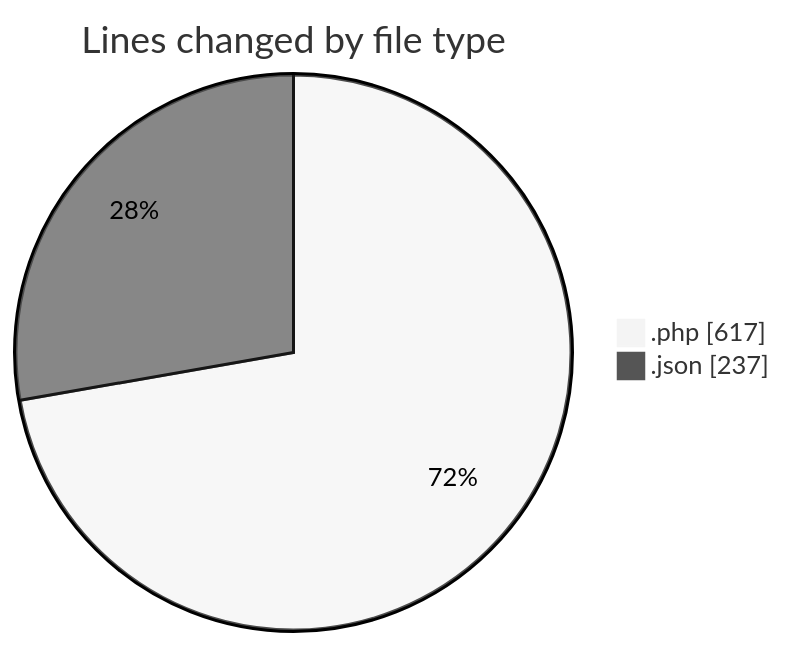
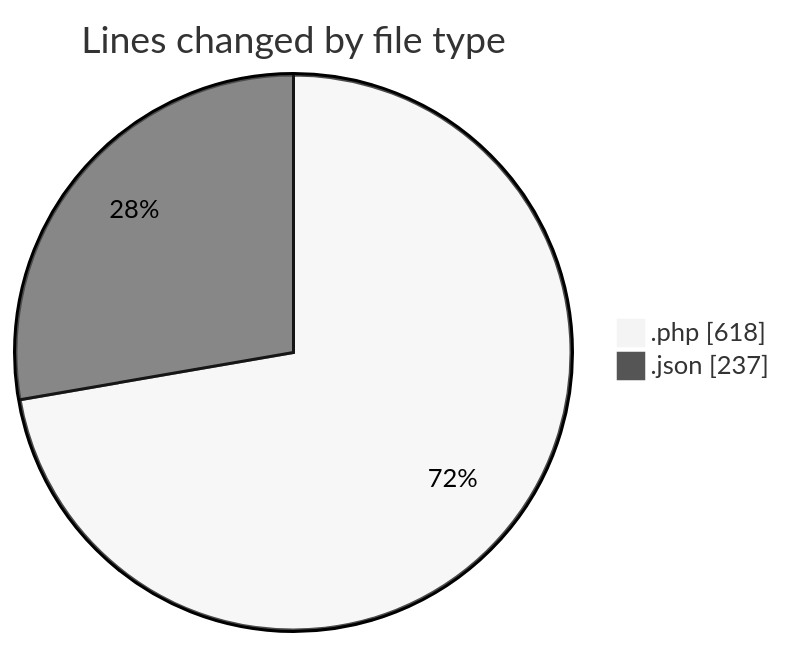
One commit to idhammustaqopulfikri/code-tracking changed the first of 2 diagrams in 2025-06-09/studio-backend/README.md. Above: the diagram before and after it, drawn with Mermaid (neutral theme). The commit also changed other lines of this file and 1 other file, not shown here.

````diff
--- a/2025-06-09/studio-backend/README.md
+++ b/2025-06-09/studio-backend/README.md
@@ -26,6 +26,6 @@
 ```mermaid
 pie showData
 title Lines changed by file type
-".php" : 617
+".php" : 618
 ".json" : 237
 ```
````
